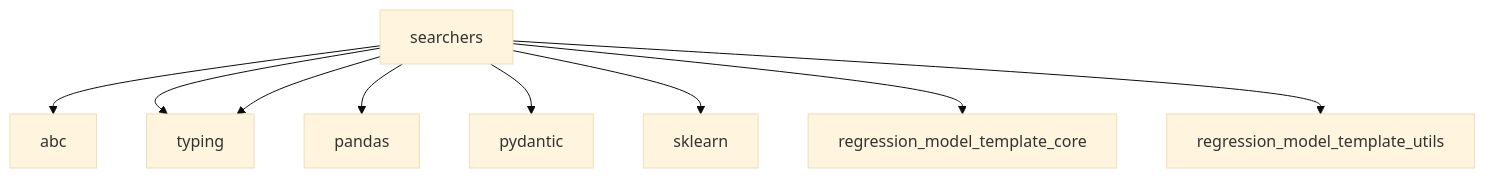
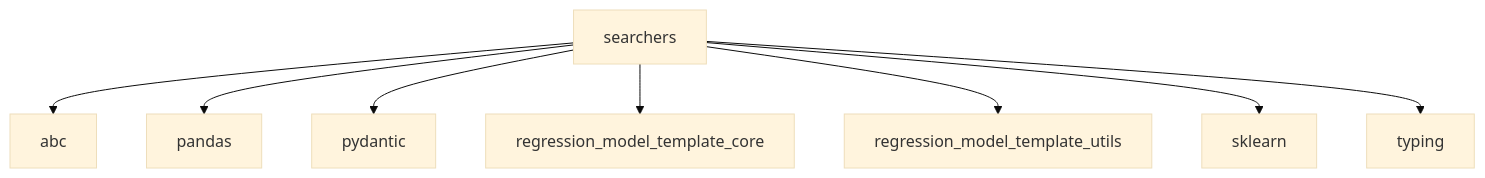
One commit to lgcorzo/mlops-python-package changed the second of 2 diagrams in wiki/searchers.md. Above: the diagram before and after it, drawn with Mermaid (base theme). The commit also changed other lines of this file and 31 other files, not shown here.

````diff
--- a/wiki/searchers.md
+++ b/wiki/searchers.md
@@ -35,11 +35,11 @@
 ```mermaid
 flowchart TD
+
     searchers --> abc
-    searchers --> typing
-    searchers --> typing
     searchers --> pandas
     searchers --> pydantic
-    searchers --> sklearn
     searchers --> regression_model_template_core
     searchers --> regression_model_template_utils
+    searchers --> sklearn
+    searchers --> typing
 ```
````
